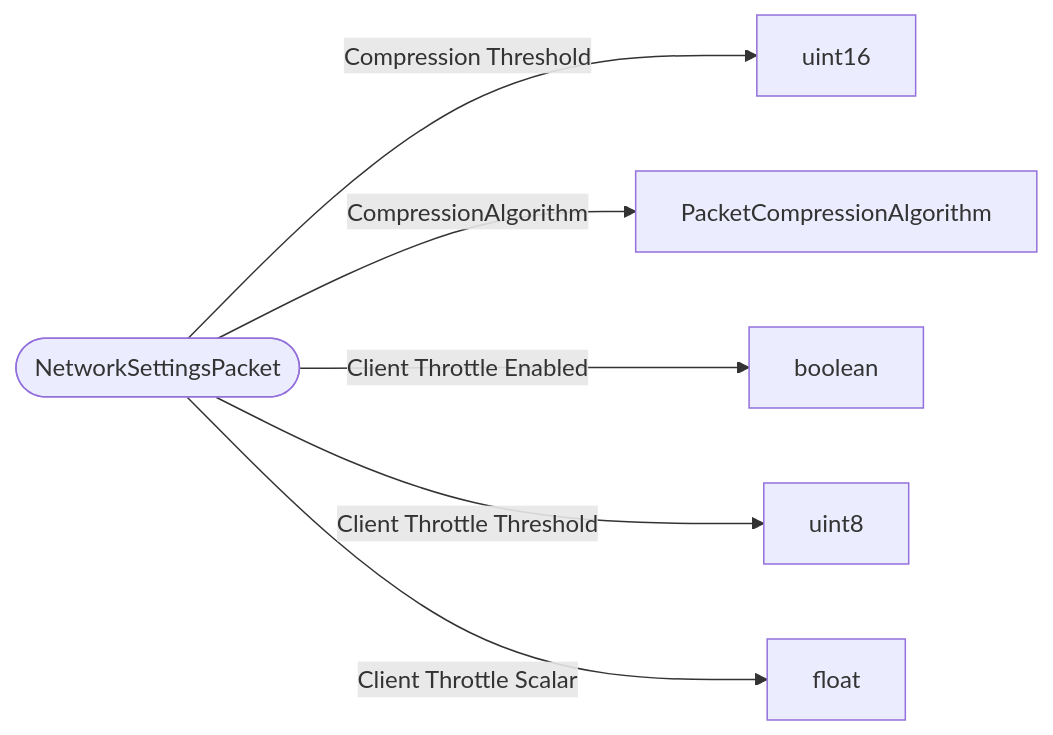
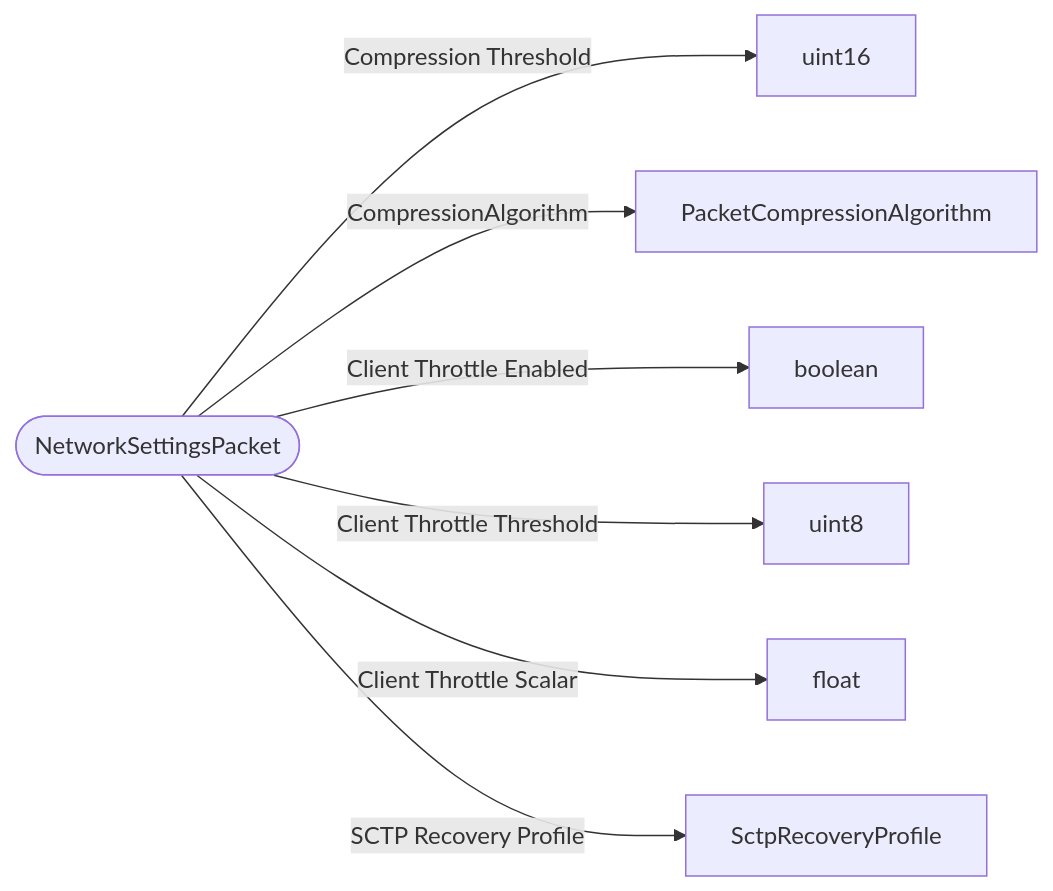
The diagram in schemas/packets/NetworkSettingsPacket.md (bedrock-v/protocol-docs), drawn with Mermaid before and after one commit. The commit also changed 32 other files, not shown here.

````diff
--- a/schemas/packets/NetworkSettingsPacket.md
+++ b/schemas/packets/NetworkSettingsPacket.md
@@ -7,9 +7,10 @@
 ```mermaid
 flowchart LR
   ROOT(["NetworkSettingsPacket"])
   ROOT -->|"Compression Threshold"| uint16["uint16"]
   ROOT -->|"CompressionAlgorithm"| PacketCompressionAlgorithm["PacketCompressionAlgorithm"]
   ROOT -->|"Client Throttle Enabled"| boolean["boolean"]
   ROOT -->|"Client Throttle Threshold"| uint8["uint8"]
   ROOT -->|"Client Throttle Scalar"| float["float"]
+  ROOT -->|"SCTP Recovery Profile"| SctpRecoveryProfile["SctpRecoveryProfile"]
 ```
````
